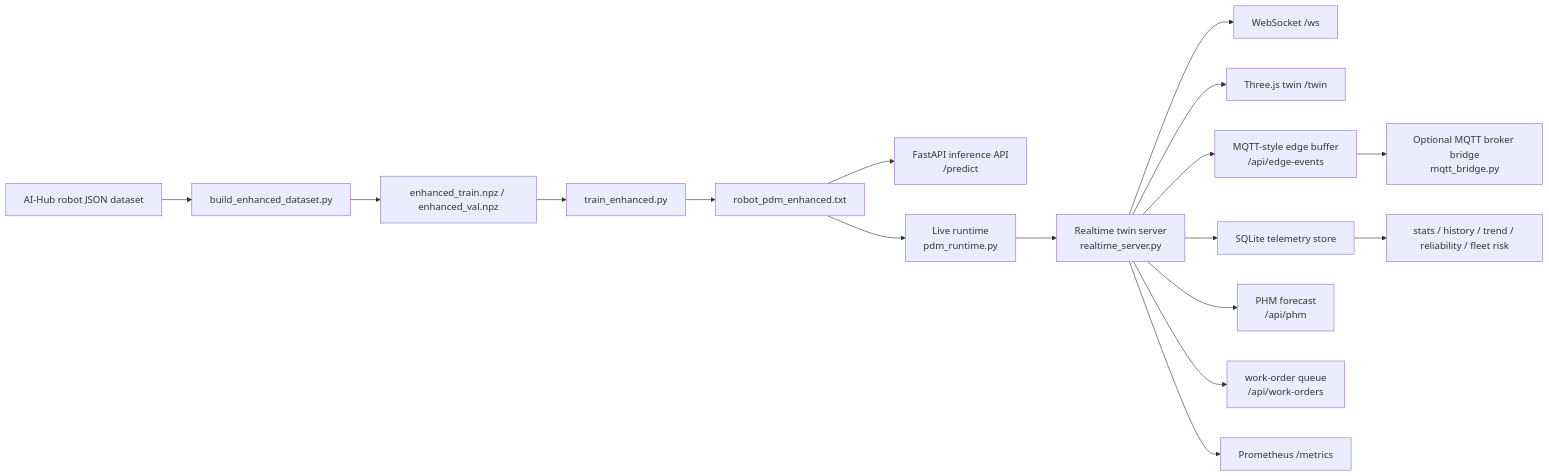
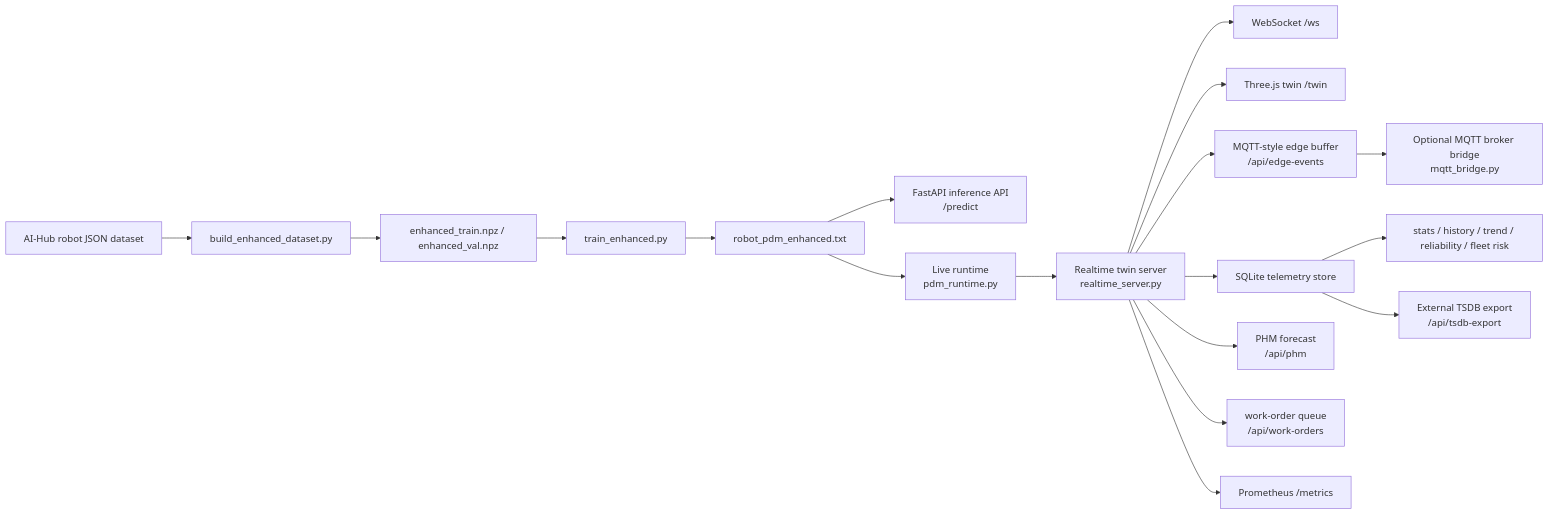
The diagram in README.md (JuHyeon-Nam/ServiceRobot_AI), drawn with Mermaid before and after one commit. The commit also changed other lines of this file and 8 other files, not shown here.

Commit message:
feat(data): add tsdb export contract

````diff
--- a/README.md
+++ b/README.md
@@ -73,19 +73,20 @@
 ```mermaid
 flowchart LR
     raw["AI-Hub robot JSON dataset"] --> build["build_enhanced_dataset.py"]
     build --> trainset["enhanced_train.npz / enhanced_val.npz"]
     trainset --> train["train_enhanced.py"]
     train --> model["robot_pdm_enhanced.txt"]
     model --> api["FastAPI inference API<br/>/predict"]
     model --> runtime["Live runtime<br/>pdm_runtime.py"]
     runtime --> twin["Realtime twin server<br/>realtime_server.py"]
     twin --> ws["WebSocket /ws"]
     twin --> ui["Three.js twin /twin"]
     twin --> edge["MQTT-style edge buffer<br/>/api/edge-events"]
     edge --> broker["Optional MQTT broker bridge<br/>mqtt_bridge.py"]
     twin --> store["SQLite telemetry store"]
     store --> ops["stats / history / trend / reliability / fleet risk"]
+    store --> tsdb["External TSDB export<br/>/api/tsdb-export"]
     twin --> phm["PHM forecast<br/>/api/phm"]
     twin --> work["work-order queue<br/>/api/work-orders"]
     twin --> metrics["Prometheus /metrics"]
 ```
````
